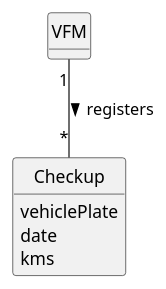
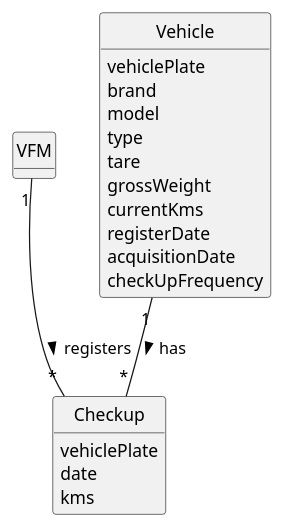
Before and after one commit to Departamento-de-Engenharia-Informatica/lei-24-s2-1dm-g132: the diagram in docs/sprintB/us007/02.analysis/puml/us007-domain-model.puml, drawn with PlantUML. The commit also changed 5 other files, not shown here.

```diff
--- a/docs/sprintB/us007/02.analysis/puml/us007-domain-model.puml
+++ b/docs/sprintB/us007/02.analysis/puml/us007-domain-model.puml
@@ -1,29 +1,43 @@
 @startuml
 skinparam monochrome true
 skinparam packageStyle rectangle
 skinparam shadowing false
 
 skinparam classAttributeIconSize 0
 
 hide circle
 hide methods
 
 'title Domain Model
 
 'class Platform {
 '  -description
 '}
 
 class VFM {
 }
 
+class Vehicle {
+    vehiclePlate
+    brand
+    model
+    type
+    tare
+    grossWeight
+    currentKms
+    registerDate
+    acquisitionDate
+    checkUpFrequency
+}
 
 class Checkup {
 vehiclePlate
     date
     kms
 }
 
 VFM "1" -- "*" Checkup : registers >
+Vehicle "1" -- "*" Checkup : has >
+
 
 @enduml
```
